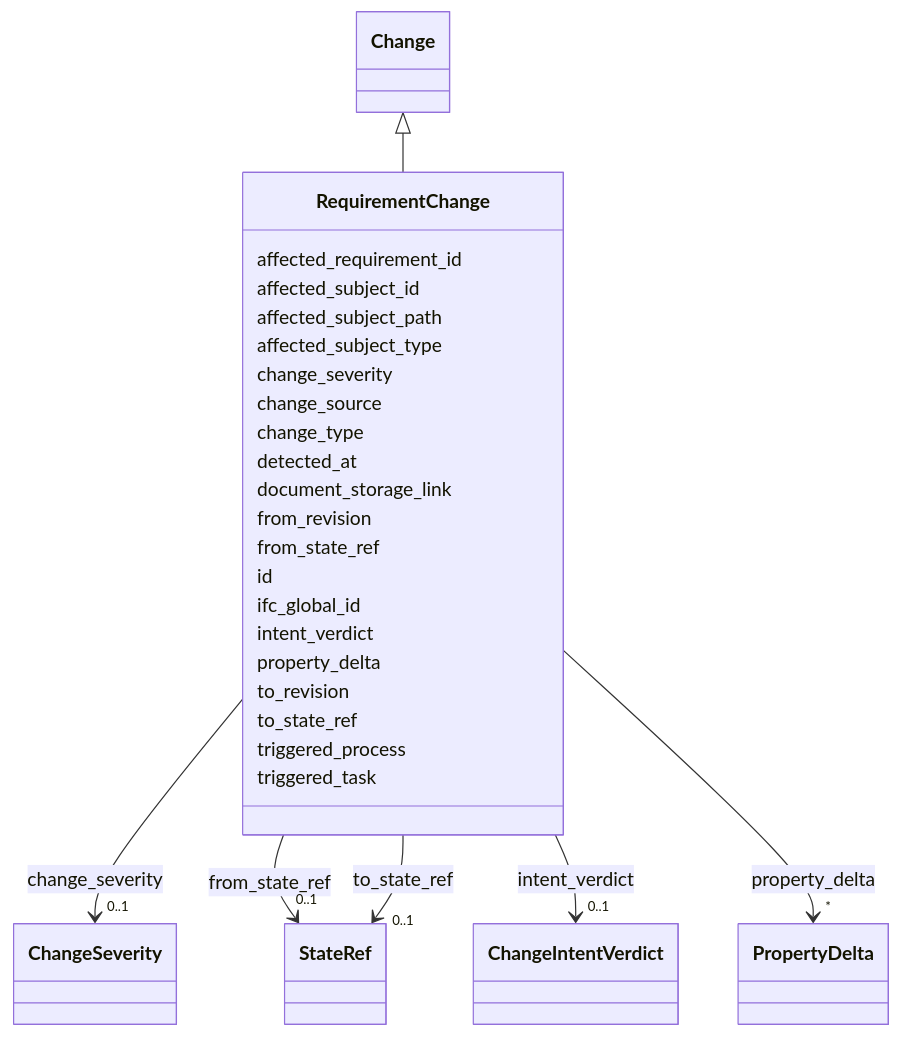
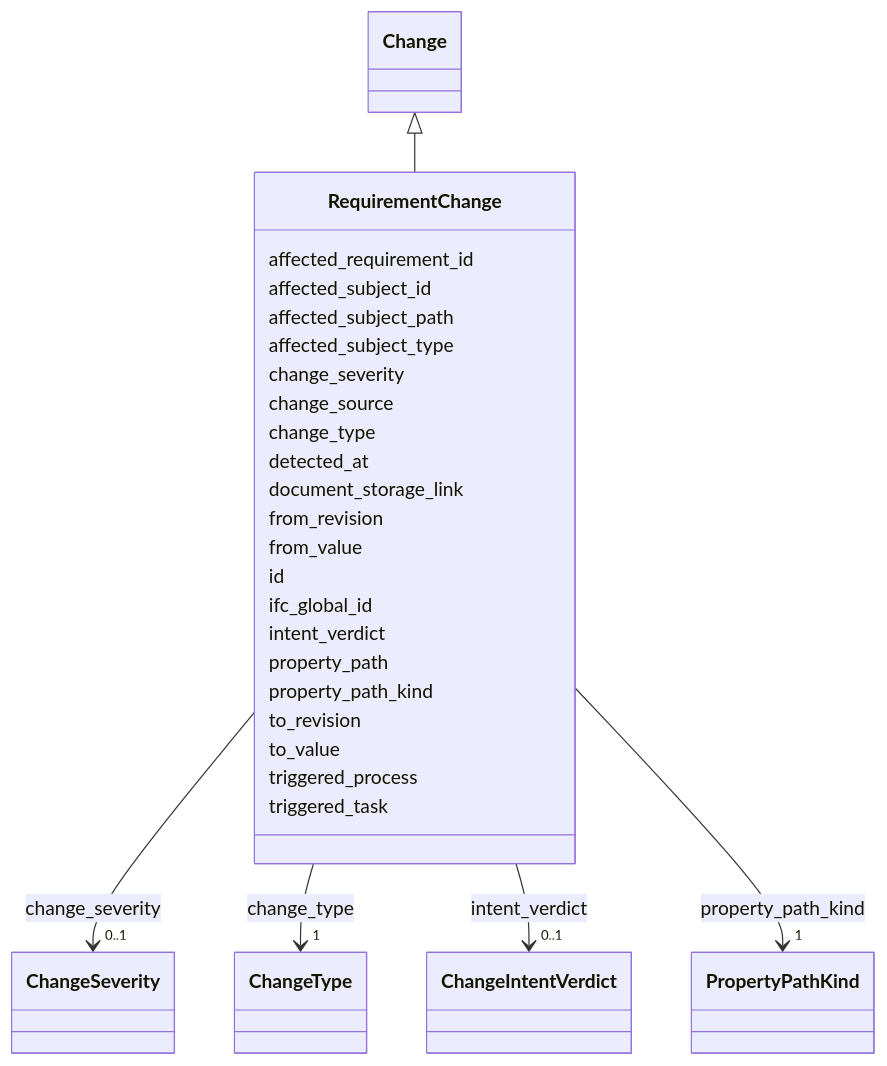
One commit to simondilhas/pragmatic-bim-data-contract changed the diagram in latest/schema/RequirementChange.md. Above: the diagram before and after it, drawn with Mermaid. The commit also changed other lines of this file and 2590 other files, not shown here.

````diff
--- a/latest/schema/RequirementChange.md
+++ b/latest/schema/RequirementChange.md
@@ -23,92 +23,35 @@
 ```mermaid
  classDiagram
     class RequirementChange
-    click RequirementChange href "../RequirementChange/"
+    click RequirementChange href "./RequirementChange.html"
       Change <|-- RequirementChange
-        click Change href "../Change/"
-      
+        click Change href "./Change.html"
       RequirementChange : affected_requirement_id
-        
       RequirementChange : affected_subject_id
-        
       RequirementChange : affected_subject_path
-        
       RequirementChange : affected_subject_type
-        
       RequirementChange : change_severity
-        
-          
-    
-        
-        
         RequirementChange --> "0..1" ChangeSeverity : change_severity
-        click ChangeSeverity href "../ChangeSeverity/"
-    
-
-        
+        click ChangeSeverity href "./ChangeSeverity.html"
       RequirementChange : change_source
-        
       RequirementChange : change_type
-        
+        RequirementChange --> "1" ChangeType : change_type
+        click ChangeType href "./ChangeType.html"
       RequirementChange : detected_at
-        
       RequirementChange : document_storage_link
-        
       RequirementChange : from_revision
-        
-      RequirementChange : from_state_ref
-        
-          
-    
-        
-        
-        RequirementChange --> "0..1" StateRef : from_state_ref
-        click StateRef href "../StateRef/"
-    
-
-        
+      RequirementChange : from_value
       RequirementChange : id
-        
       RequirementChange : ifc_global_id
-        
       RequirementChange : intent_verdict
-        
-          
-    
-        
-        
         RequirementChange --> "0..1" ChangeIntentVerdict : intent_verdict
-        click ChangeIntentVerdict href "../ChangeIntentVerdict/"
-    
-
-        
-      RequirementChange : property_delta
-        
-          
-    
-        
-        
-        RequirementChange --> "*" PropertyDelta : property_delta
-        click PropertyDelta href "../PropertyDelta/"
-    
-
-        
+        click ChangeIntentVerdict href "./ChangeIntentVerdict.html"
+      RequirementChange : property_path
+      RequirementChange : property_path_kind
+        RequirementChange --> "1" PropertyPathKind : property_path_kind
+        click PropertyPathKind href "./PropertyPathKind.html"
       RequirementChange : to_revision
-        
-      RequirementChange : to_state_ref
-        
-          
-    
-        
-        
-        RequirementChange --> "0..1" StateRef : to_state_ref
-        click StateRef href "../StateRef/"
-    
-
-        
+      RequirementChange : to_value
       RequirementChange : triggered_process
-        
       RequirementChange : triggered_task
-        
-      
 ```
````
